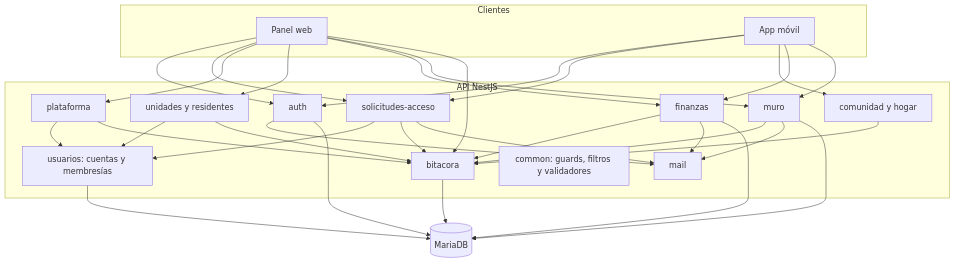
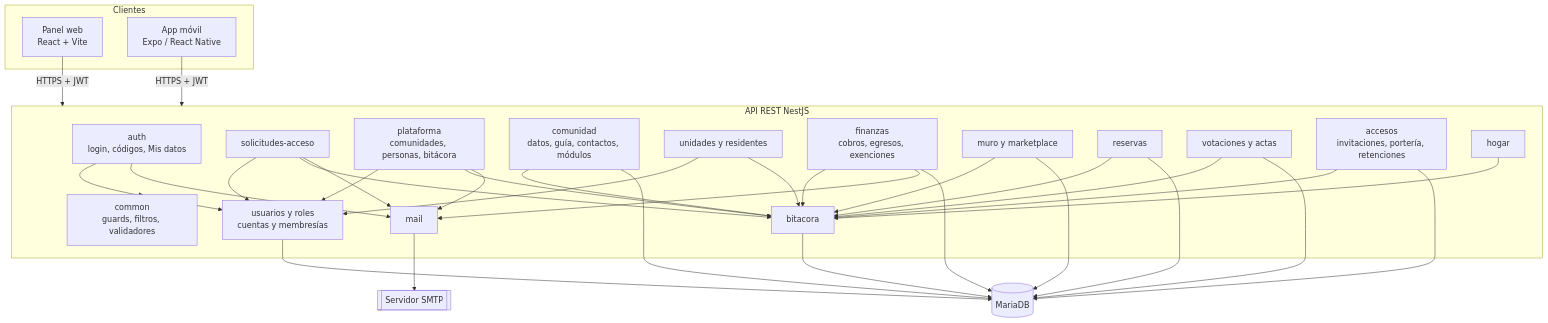
Before and after one commit to JonasMateosValenzuelaLopez/ProyectoTesis: the seventh of 7 diagrams in FASE-2/Evidencias-Proyecto/Documentación/08-diagramas-uml.md, drawn with Mermaid. The commit also changed other lines of this file and 26 other files, not shown here.

````diff
--- a/FASE-2/Evidencias-Proyecto/Documentación/08-diagramas-uml.md
+++ b/FASE-2/Evidencias-Proyecto/Documentación/08-diagramas-uml.md
@@ -131,50 +322,57 @@
 ```mermaid
 flowchart TB
     subgraph Clientes
-        W[Panel web]
-        M[App móvil]
+        W[Panel web<br/>React + Vite]
+        M[App móvil<br/>Expo / React Native]
     end
-    subgraph API NestJS
-        AU[auth]
+    subgraph API["API REST NestJS"]
+        AU[auth<br/>login, códigos, Mis datos]
         SO[solicitudes-acceso]
-        PL[plataforma]
+        PL[plataforma<br/>comunidades, personas, bitácora]
+        CO[comunidad<br/>datos, guía, contactos, módulos]
         UN[unidades y residentes]
-        CM[comunidad y hogar]
-        FI[finanzas]
-        MU[muro]
-        US[usuarios: cuentas y membresías]
+        US[usuarios y roles<br/>cuentas y membresías]
+        FI[finanzas<br/>cobros, egresos, exenciones]
+        MU[muro y marketplace]
+        RE[reservas]
+        VO[votaciones y actas]
+        AC[accesos<br/>invitaciones, portería, retenciones]
+        HO[hogar]
         BI[bitacora]
         MA[mail]
-        CO[common: guards, filtros y validadores]
+        CM[common<br/>guards, filtros, validadores]
     end
-    W --> AU
-    W --> SO
-    W --> PL
-    W --> UN
-    W --> FI
-    W --> MU
-    W --> BI
-    M --> AU
-    M --> SO
-    M --> CM
-    M --> FI
-    M --> MU
+    DB[(MariaDB)]
+    SMTP[[Servidor SMTP]]
+
+    W -->|HTTPS + JWT| API
+    M -->|HTTPS + JWT| API
     SO --> US
     PL --> US
     UN --> US
+    AU --> US
     SO --> BI
     PL --> BI
+    CO --> BI
     UN --> BI
-    CM --> BI
     FI --> BI
     MU --> BI
+    RE --> BI
+    VO --> BI
+    AC --> BI
+    HO --> BI
+    AU --> MA
     SO --> MA
-    AU --> MA
+    PL --> MA
     FI --> MA
-    MU --> MA
-    AU --> DB[(MariaDB)]
+    MA --> SMTP
+    API --> CM
     US --> DB
+    BI --> DB
     FI --> DB
     MU --> DB
-    BI --> DB
+    RE --> DB
+    VO --> DB
+    AC --> DB
+    CO --> DB
 ```
````
